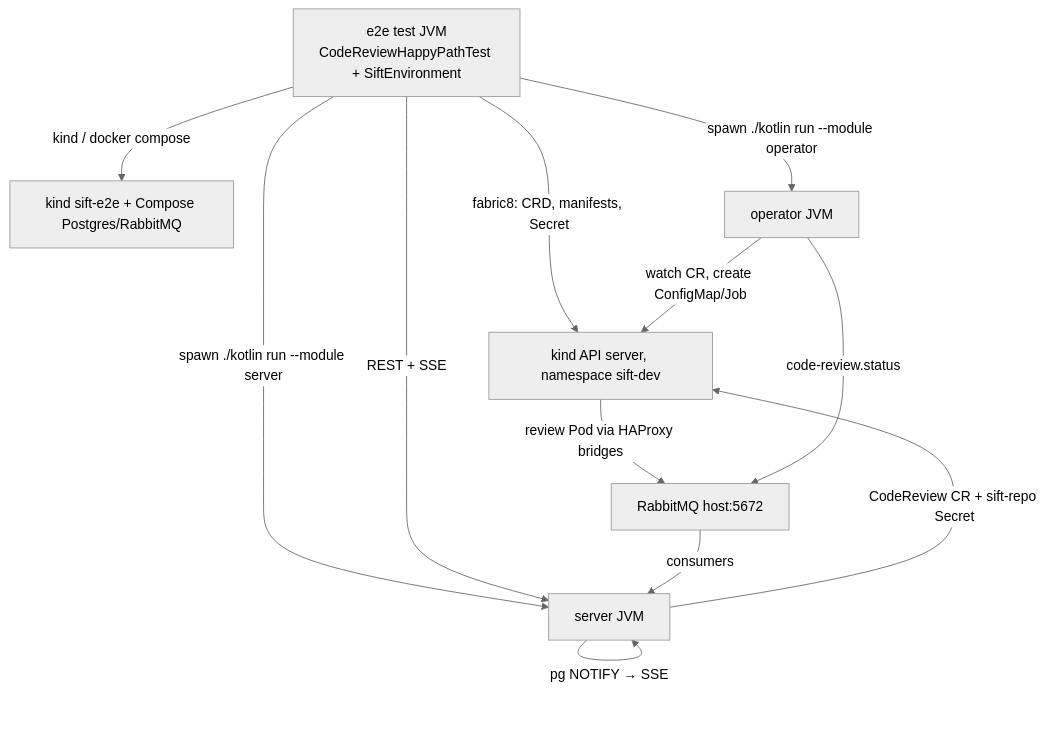
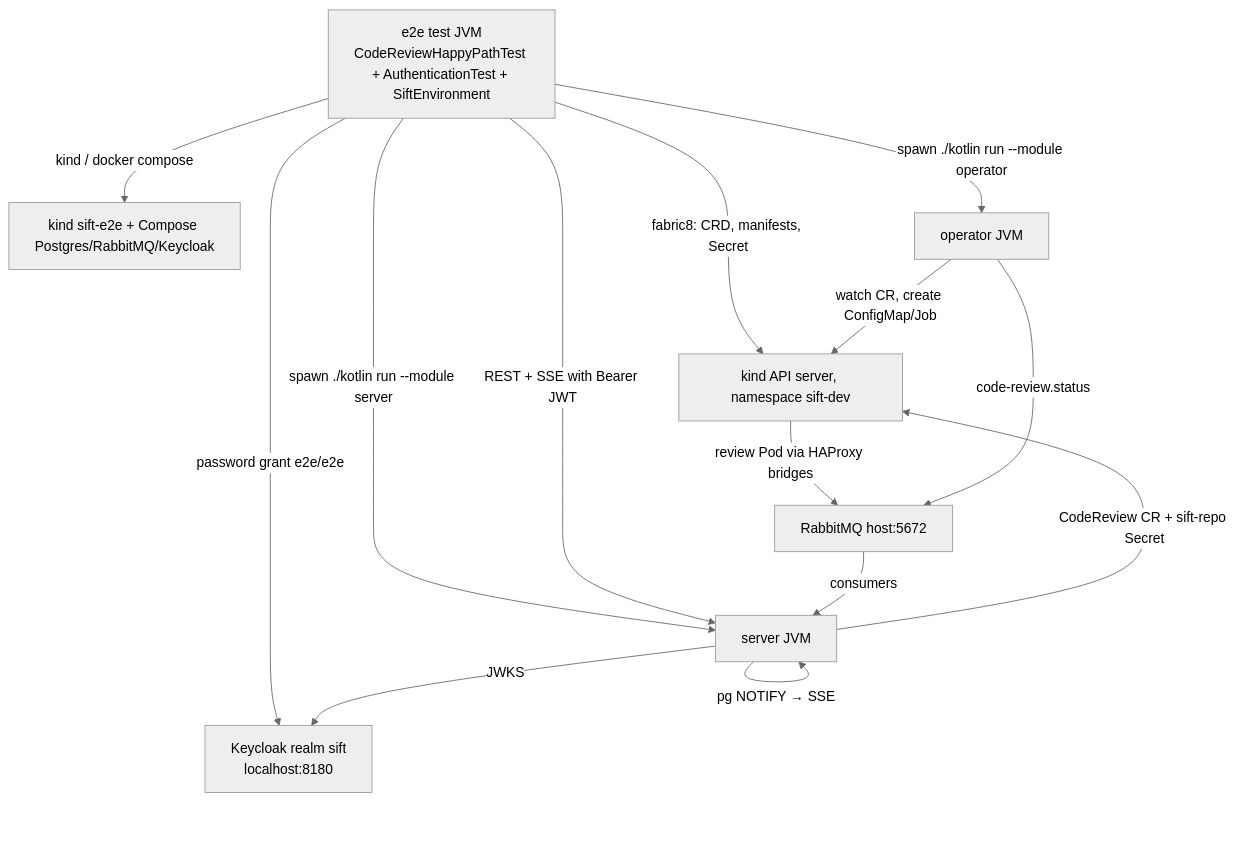
One commit to frederikpietzko/sift changed the diagram in docs/system-components/e2e-tests.md. Above: the diagram before and after it, drawn with Mermaid (neutral theme). The commit also changed other lines of this file and 66 other files, not shown here.

````diff
--- a/docs/system-components/e2e-tests.md
+++ b/docs/system-components/e2e-tests.md
@@ -16,14 +18,16 @@
 ```mermaid
 graph TD
-    T[e2e test JVM<br/>CodeReviewHappyPathTest + SiftEnvironment] -->|kind / docker compose| I[kind sift-e2e + Compose Postgres/RabbitMQ]
+    T[e2e test JVM<br/>CodeReviewHappyPathTest + AuthenticationTest + SiftEnvironment] -->|kind / docker compose| I[kind sift-e2e + Compose Postgres/RabbitMQ/Keycloak]
+    T -->|password grant e2e/e2e| KC[Keycloak realm sift<br/>localhost:8180]
+    S -->|JWKS| KC
     T -->|fabric8: CRD, manifests, Secret| K[kind API server, namespace sift-dev]
     T -->|spawn ./kotlin run --module operator| O[operator JVM]
     T -->|spawn ./kotlin run --module server| S[server JVM]
-    T -->|REST + SSE| S
+    T -->|REST + SSE with Bearer JWT| S
     S -->|CodeReview CR + sift-repo Secret| K
     O -->|watch CR, create ConfigMap/Job| K
     K -->|review Pod via HAProxy bridges| R[RabbitMQ host:5672]
     O -->|code-review.status| R
     R -->|consumers| S
     S -->|pg NOTIFY → SSE| S
 ```
````
